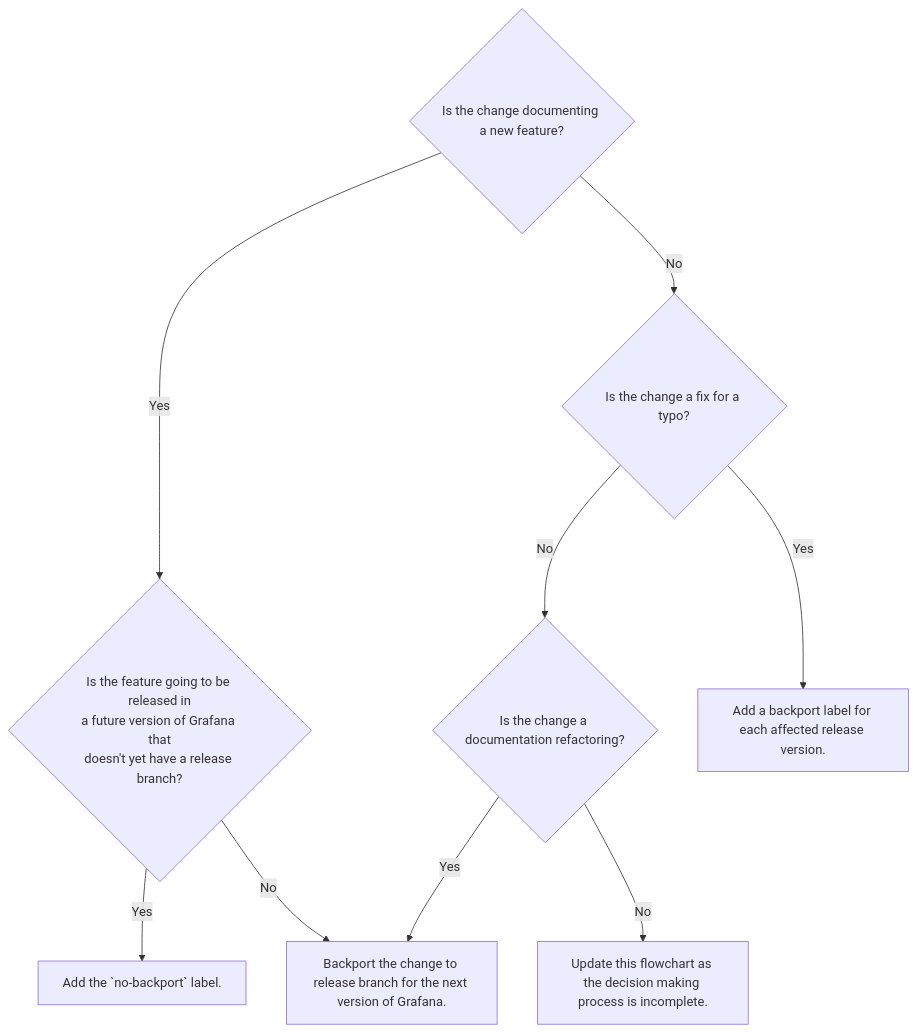
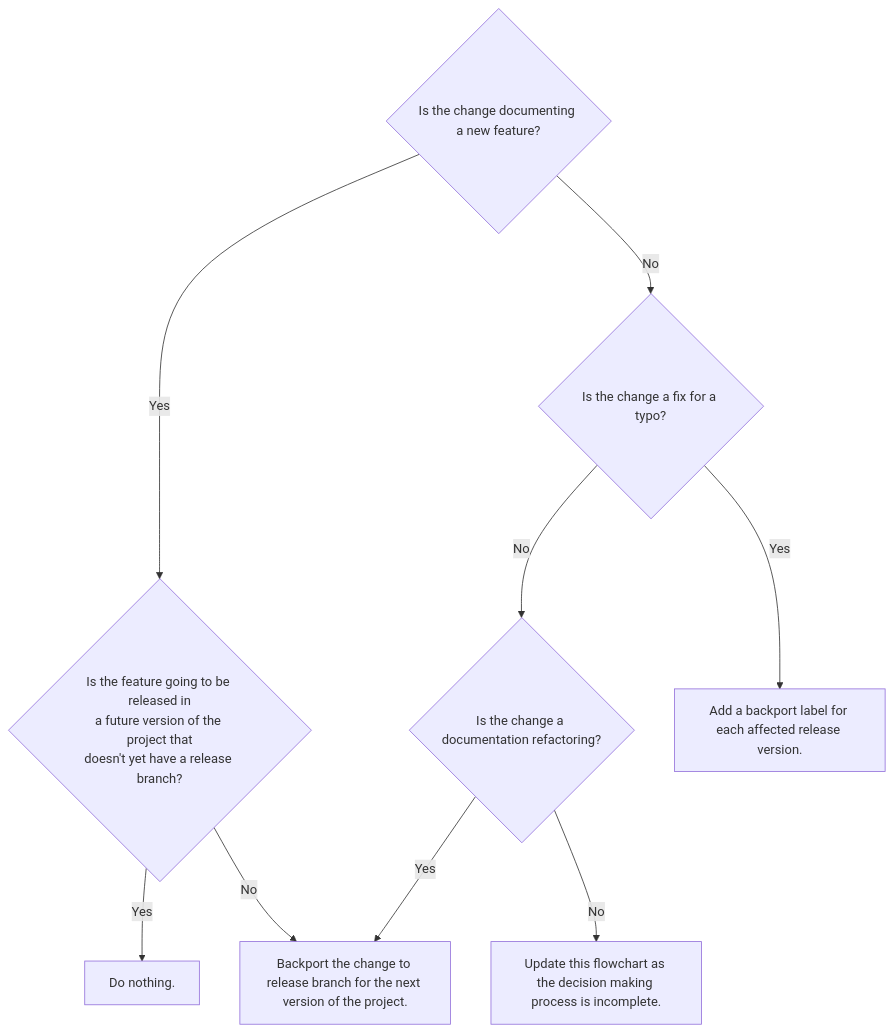
The diagram in docs/sources/review/backport-changes/index.md (grafana/writers-toolkit), drawn with Mermaid before and after one commit. The commit also changed other lines of this file, not shown here.

First line of the commit message:
Review "Backport changes" page

````diff
--- a/docs/sources/review/backport-changes/index.md
+++ b/docs/sources/review/backport-changes/index.md
@@ -40,20 +54,19 @@
-```mermaid
-flowchart TD
-
-D1{Is the change documenting a new feature?}
-D2{Is the feature going to be released in<br>a future version of Grafana that<br>doesn't yet have a release branch?}
-D3{Is the change a fix for a typo?}
-D4{Is the change a documentation refactoring?}
-T1[Add the `no-backport` label.]
-T2[Add a backport label for each affected release version.]
-T3[Update this flowchart as the decision making process is incomplete.]
-T4[Backport the change to release branch for the next version of Grafana.]
-D1 -- Yes --> D2
-D1 -- No -->  D3
-D2 -- Yes --> T1
-D2 -- No -->  T4
-D3 -- Yes --> T2
-D3 -- No -->  D4
-D4 -- Yes --> T4
-D4 -- No -->  T3
-```
+<div class="mermaid">
+  flowchart TD
+  D1{Is the change documenting a new feature?}
+  D2{Is the feature going to be released in<br>a future version of the project that<br>doesn't yet have a release branch?}
+  D3{Is the change a fix for a typo?}
+  D4{Is the change a documentation refactoring?}
+  T1[Do nothing.]
+  T2[Add a backport label for each affected release version.]
+  T3[Update this flowchart as the decision making process is incomplete.]
+  T4[Backport the change to release branch for the next version of the project.]
+  D1 -- Yes --> D2
+  D1 -- No -->  D3
+  D2 -- Yes --> T1
+  D2 -- No -->  T4
+  D3 -- Yes --> T2
+  D3 -- No -->  D4
+  D4 -- Yes --> T4
+  D4 -- No -->  T3
+</div>
````
